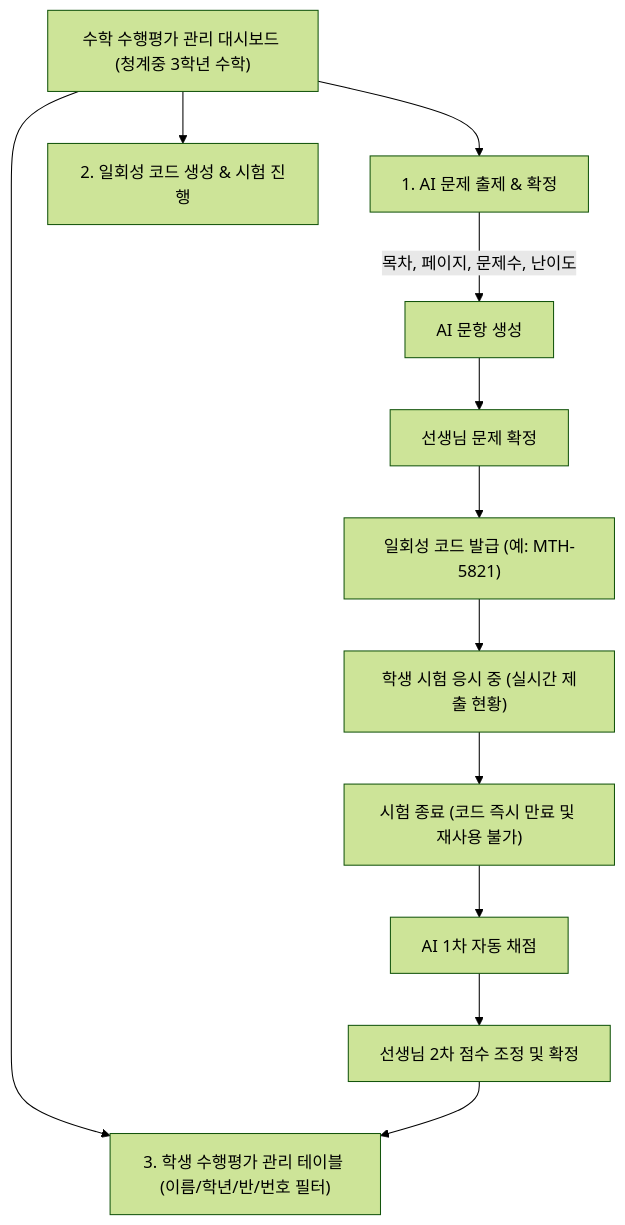
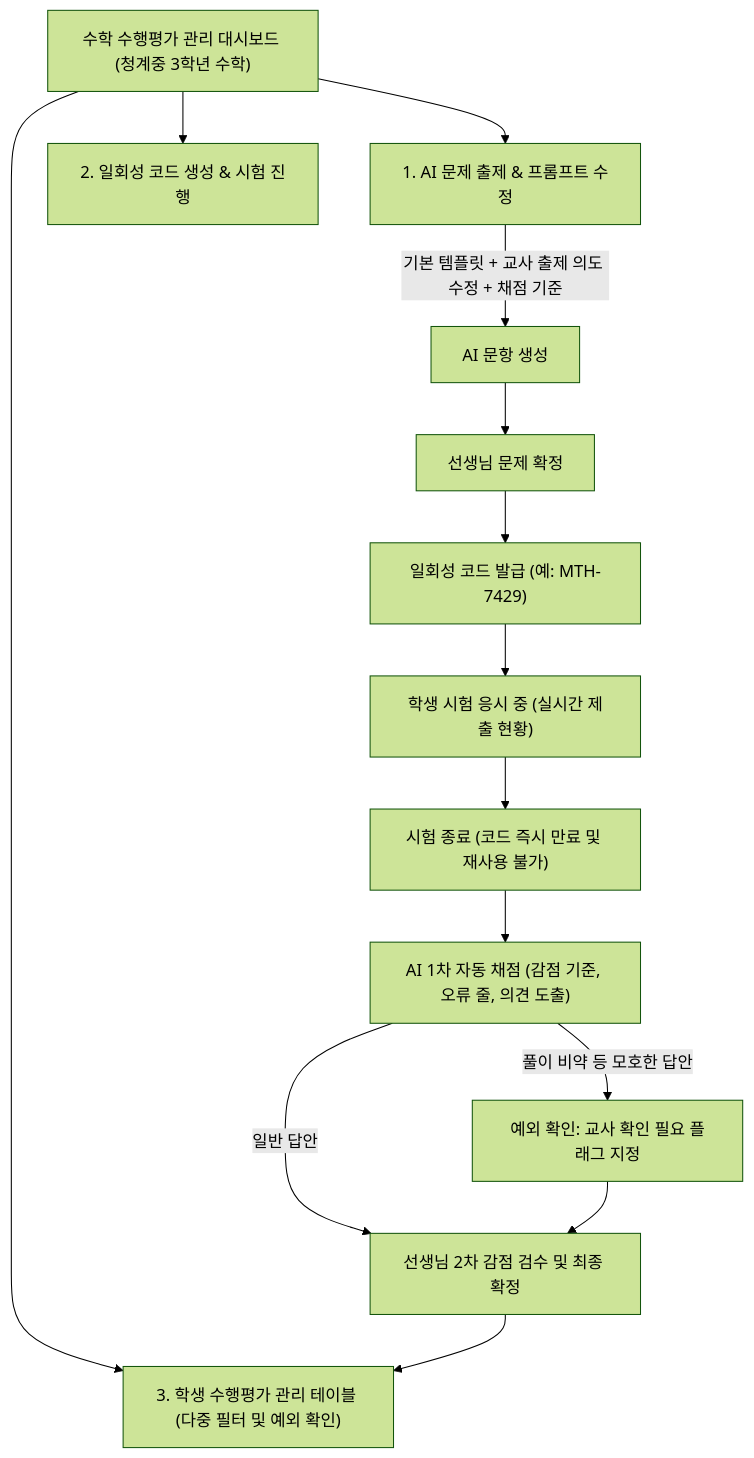
One commit to yunha2604-hub/battle-study changed the diagram in docs/수행평가관리_구현계획.md. Above: the diagram before and after it, drawn with Mermaid (forest theme). The commit also changed other lines of this file and 18 other files, not shown here.

````diff
--- a/docs/수행평가관리_구현계획.md
+++ b/docs/수행평가관리_구현계획.md
@@ -25,17 +26,19 @@
 ```mermaid
 flowchart TD
-    A["수학 수행평가 관리 대시보드 (청계중 3학년 수학)"] --> B["1. AI 문제 출제 & 확정"]
+    A["수학 수행평가 관리 대시보드 (청계중 3학년 수학)"] --> B["1. AI 문제 출제 & 프롬프트 수정"]
     A --> C["2. 일회성 코드 생성 & 시험 진행"]
-    A --> D["3. 학생 수행평가 관리 테이블 (이름/학년/반/번호 필터)"]
+    A --> D["3. 학생 수행평가 관리 테이블 (다중 필터 및 예외 확인)"]
     
-    B -->|"목차, 페이지, 문제수, 난이도"| B1["AI 문항 생성"]
+    B -->|"기본 템플릿 + 교사 출제 의도 수정 + 채점 기준"| B1["AI 문항 생성"]
     B1 --> B2["선생님 문제 확정"]
     
-    B2 --> C1["일회성 코드 발급 (예: MTH-5821)"]
+    B2 --> C1["일회성 코드 발급 (예: MTH-7429)"]
     C1 --> C2["학생 시험 응시 중 (실시간 제출 현황)"]
     C2 --> C3["시험 종료 (코드 즉시 만료 및 재사용 불가)"]
     
-    C3 --> D1["AI 1차 자동 채점"]
-    D1 --> D2["선생님 2차 점수 조정 및 확정"]
-    D2 --> D
+    C3 --> D1["AI 1차 자동 채점 (감점 기준, 오류 줄, 의견 도출)"]
+    D1 -->|"풀이 비약 등 모호한 답안"| D2["예외 확인: 교사 확인 필요 플래그 지정"]
+    D1 -->|"일반 답안"| D3["선생님 2차 감점 검수 및 최종 확정"]
+    D2 --> D3
+    D3 --> D
 ```
````
